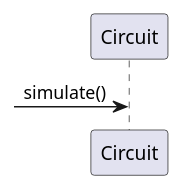
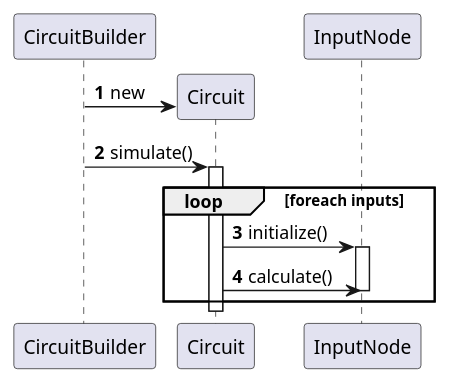
The diagram in docs/diagrams/sequence.puml (stevenliebregt/avans-dp1-sirkwie), drawn with PlantUML before and after one commit.

Commit message:
update sequence

```diff
--- a/docs/diagrams/sequence.puml
+++ b/docs/diagrams/sequence.puml
@@ -1,4 +1,14 @@
 @startuml
--> Circuit: simulate()
+autonumber
 
+CircuitBuilder -> Circuit ** : new
+CircuitBuilder -> Circuit ++ : simulate()
+
+loop foreach inputs
+    Circuit -> InputNode ++ : initialize()
+    Circuit -> InputNode : calculate()
+    InputNode --
+end
+
+Circuit --
 @enduml
```
